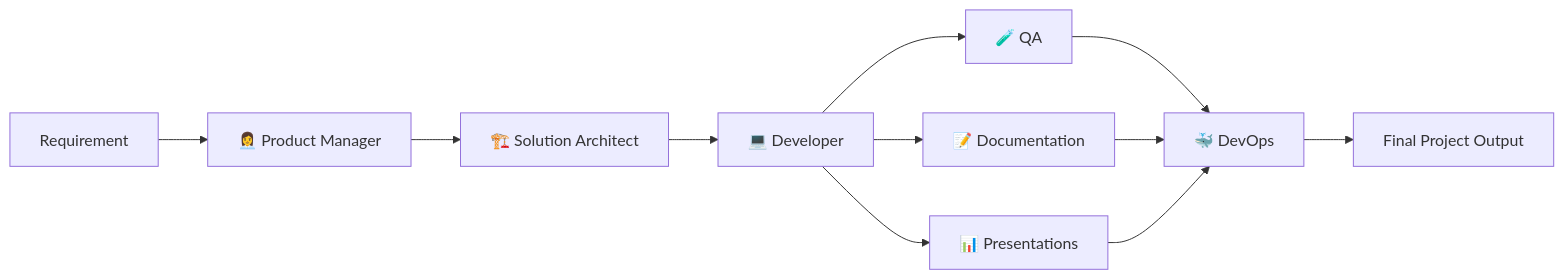
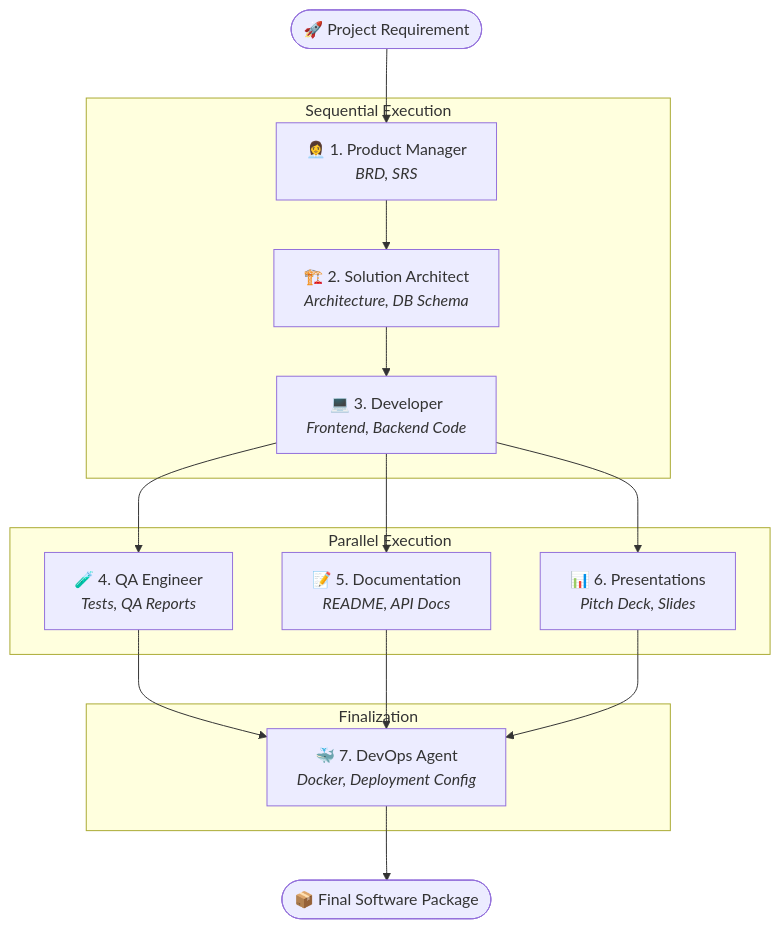
One commit to Abilash77/agentforge-agentic-ai changed the second of 2 diagrams in README.md. Above: the diagram before and after it, drawn with Mermaid. The commit also changed other lines of this file, not shown here.

Commit message:
Improve AgentForge architecture diagrams

````diff
--- a/README.md
+++ b/README.md
@@ -51,16 +94,25 @@
 ```mermaid
-graph LR
-    Req[Requirement] --> PM[👩‍💼 Product Manager]
-    PM --> Arch[🏗️ Solution Architect]
-    Arch --> Dev[💻 Developer]
-    
-    Dev --> QA[🧪 QA]
-    Dev --> Docs[📝 Documentation]
-    Dev --> PPT[📊 Presentations]
-    
-    QA --> DevOps[🐳 DevOps]
-    Docs --> DevOps
-    PPT --> DevOps
-    
-    DevOps --> Out[Final Project Output]
+graph TD
+    Start([🚀 Project Requirement]) --> PM
+
+    subgraph "Sequential Execution"
+        PM[👩‍💼 1. Product Manager<br><i>BRD, SRS</i>] --> Arch
+        Arch[🏗️ 2. Solution Architect<br><i>Architecture, DB Schema</i>] --> Dev
+        Dev[💻 3. Developer<br><i>Frontend, Backend Code</i>]
+    end
+
+    subgraph "Parallel Execution"
+        Dev --> QA[🧪 4. QA Engineer<br><i>Tests, QA Reports</i>]
+        Dev --> Docs[📝 5. Documentation<br><i>README, API Docs</i>]
+        Dev --> PPT[📊 6. Presentations<br><i>Pitch Deck, Slides</i>]
+    end
+
+    subgraph "Finalization"
+        QA --> DevOps
+        Docs --> DevOps
+        PPT --> DevOps
+        DevOps[🐳 7. DevOps Agent<br><i>Docker, Deployment Config</i>]
+    end
+
+    DevOps --> Finish([📦 Final Software Package])
 ```
````
